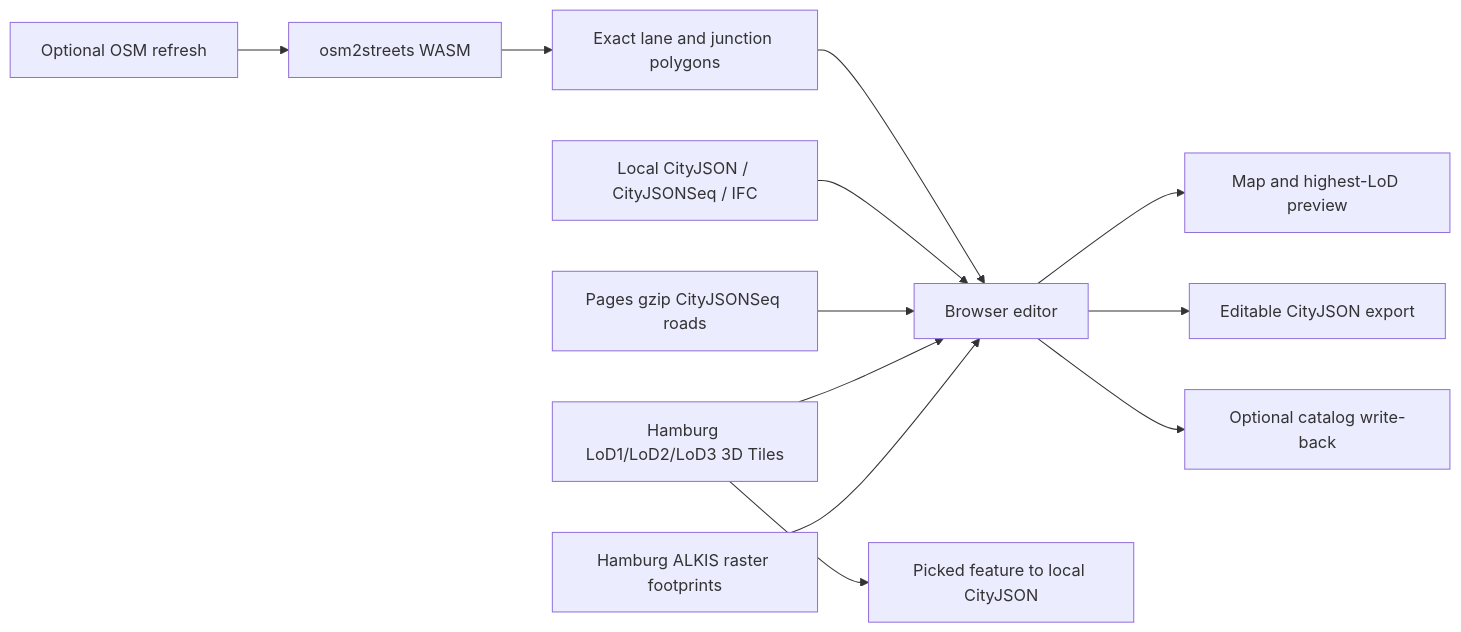
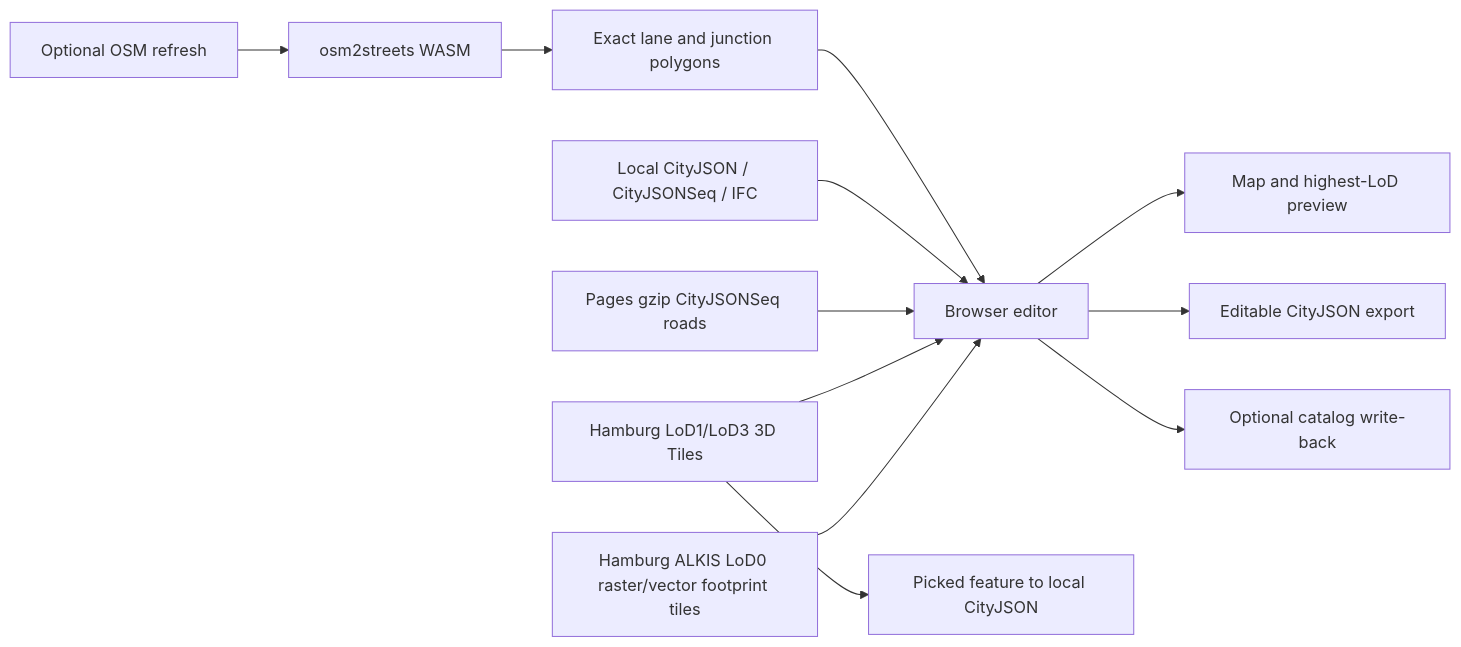
One commit to cakirmert/webcityeditor changed the diagram in PROJECT.md. Above: the diagram before and after it, drawn with Mermaid. The commit also changed other lines of this file and 5259 other files, not shown here.

````diff
--- a/PROJECT.md
+++ b/PROJECT.md
@@ -16,14 +16,14 @@
 ```mermaid
 flowchart LR
-  F["Hamburg ALKIS raster footprints"] --> B["Browser editor"]
-  H["Hamburg LoD1/LoD2/LoD3 3D Tiles"] --> B
+  F["Hamburg ALKIS LoD0 raster/vector footprint tiles"] --> B["Browser editor"]
+  H["Hamburg LoD1/LoD3 3D Tiles"] --> B
   H --> C["Picked feature to local CityJSON"]
   R["Pages gzip CityJSONSeq roads"] --> B
   A["Local CityJSON / CityJSONSeq / IFC"] --> B
   O["Optional OSM refresh"] --> S["osm2streets WASM"]
   S --> P["Exact lane and junction polygons"]
   P --> B
   B --> V["Map and highest-LoD preview"]
   B --> E["Editable CityJSON export"]
   B --> W["Optional catalog write-back"]
 ```
````
